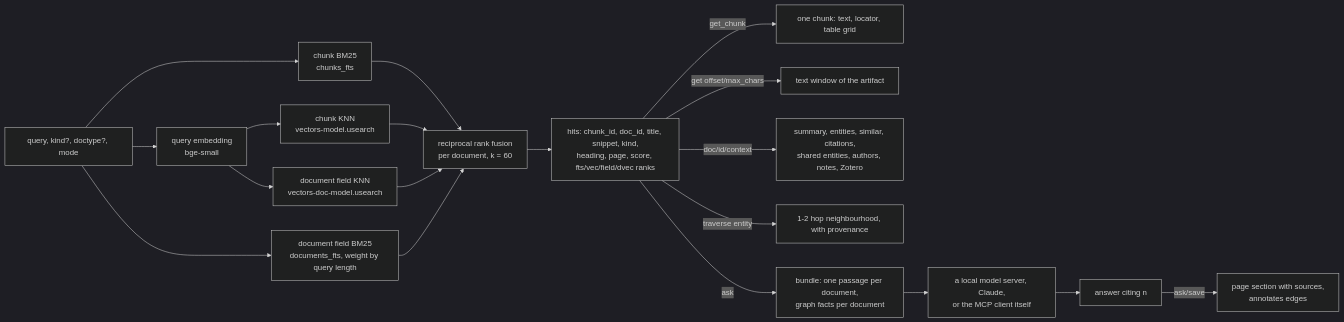
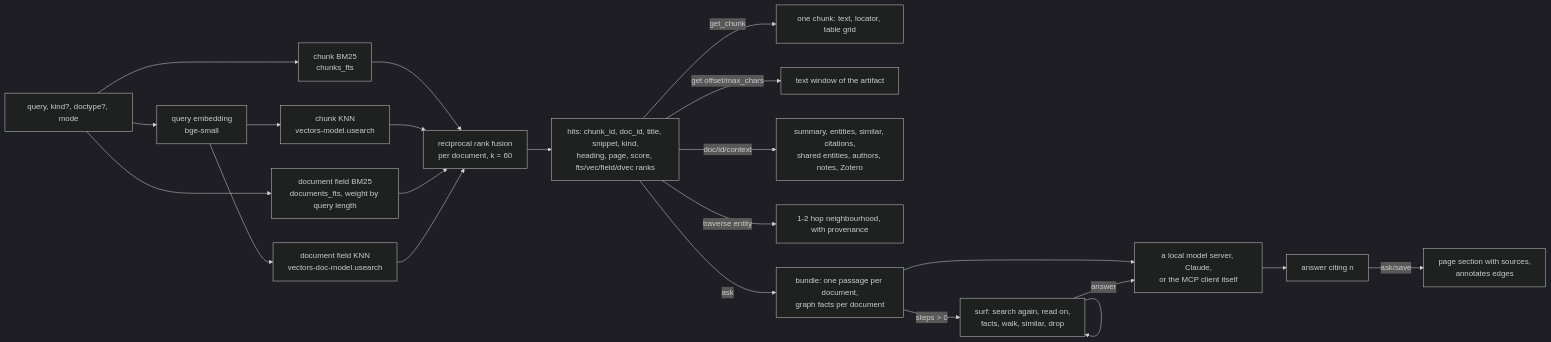
The third of 3 diagrams in docs/architecture.md (lodsb/prax), drawn with Mermaid (dark theme) before and after one commit. The commit also changed other lines of this file and 19 other files, not shown here.

````diff
--- a/docs/architecture.md
+++ b/docs/architecture.md
@@ -158,17 +158,19 @@
 ```mermaid
 flowchart LR
   Q[query, kind?, doctype?, mode] --> FTS[chunk BM25<br/>chunks_fts]
   Q --> QE[query embedding<br/>bge-small] --> KNN[chunk KNN<br/>vectors-model.usearch]
   Q --> DF[document field BM25<br/>documents_fts, weight by query length]
   QE --> DK[document field KNN<br/>vectors-doc-model.usearch]
   FTS --> RRF[reciprocal rank fusion<br/>per document, k = 60]
   KNN --> RRF
   DF --> RRF
   DK --> RRF
   RRF --> H[hits: chunk_id, doc_id, title, snippet, kind,<br/>heading, page, score, fts/vec/field/dvec ranks]
   H -->|get_chunk| C[one chunk: text, locator, table grid]
   H -->|get offset/max_chars| T[text window of the artifact]
   H -->|doc/id/context| X[summary, entities, similar, citations,<br/>shared entities, authors, notes, Zotero]
   H -->|traverse entity| G[1-2 hop neighbourhood, with provenance]
   H -->|ask| B[bundle: one passage per document,<br/>graph facts per document] --> M[a local model server, Claude,<br/>or the MCP client itself] --> A[answer citing n] -->|ask/save| P[page section with sources,<br/>annotates edges]
+  B -->|steps > 0| S[surf: search again, read on,<br/>facts, walk, similar, drop] --> S
+  S -->|answer| M
 ```
````
